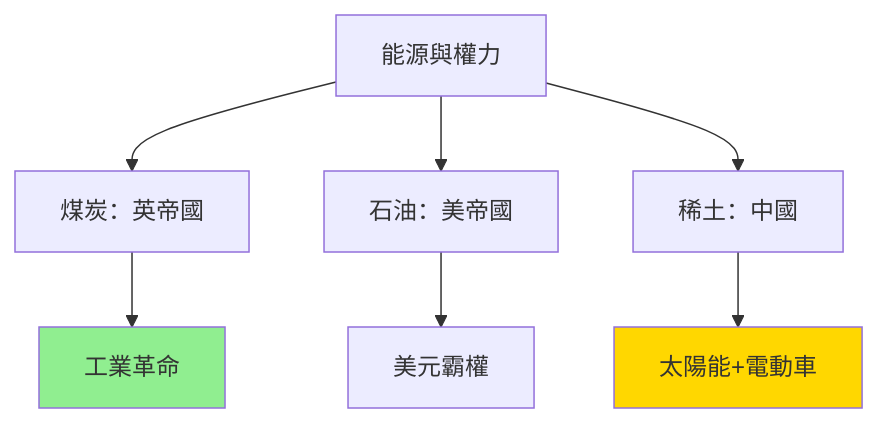
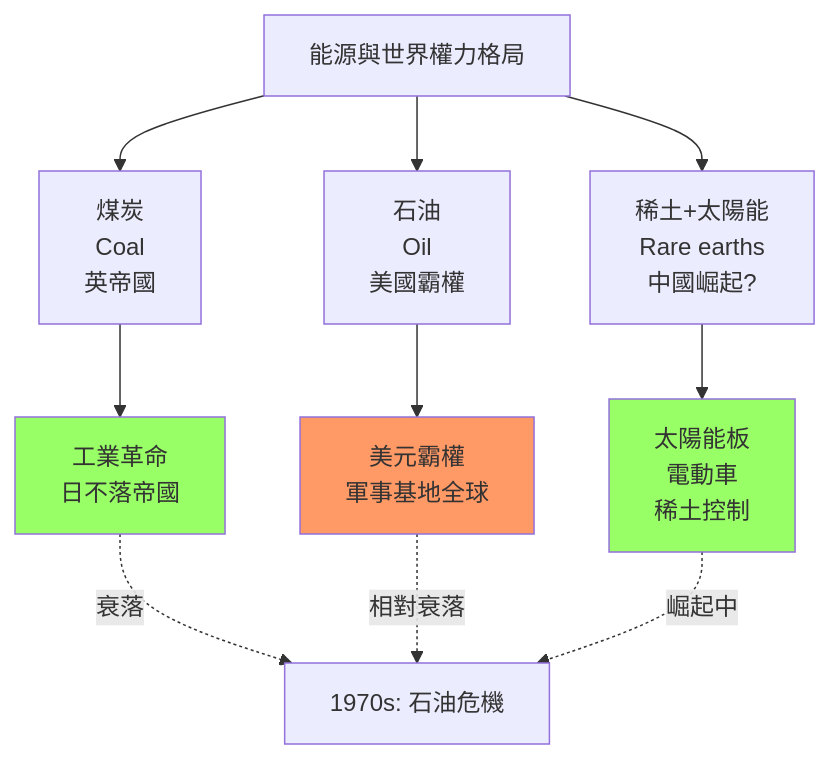
Before and after one commit to yip-lgtm/HKU-Harvard-History-Self-Study: the seventh of 10 diagrams in 01_HKU_Courses/HIST2193_History_of_Energy.md, drawn with Mermaid. The commit also changed other lines of this file and 22 other files, not shown here.

````diff
--- a/01_HKU_Courses/HIST2193_History_of_Energy.md
+++ b/01_HKU_Courses/HIST2193_History_of_Energy.md
@@ -140,11 +415,18 @@
 ```mermaid
 graph TD
-    A["能源與權力"] --> B["煤炭：英帝國"]
-    A --> C["石油：美帝國"]
-    A --> D["稀土：中國"]
-    B --> E["工業革命"]
-    C --> F["美元霸權"]
-    D --> G["太陽能+電動車"]
-    style E fill:#90EE90
-    style G fill:#FFD700
+    A[能源與世界權力格局] --> B[煤炭<br/>Coal<br/>英帝國]
+    A --> C[石油<br/>Oil<br/>美國霸權]
+    A --> D[稀土+太陽能<br/>Rare earths<br/>中國崛起?]
+    
+    B --> B1[工業革命<br/>日不落帝國]
+    C --> C1[美元霸權<br/>軍事基地全球]
+    D --> D1[太陽能板<br/>電動車<br/>稀土控制]
+    
+    B1 -.->|衰落| E[1970s: 石油危機]
+    C1 -.->|相對衰落| E
+    D1 -.->|崛起中| E
+    
+    style B1 fill:#9f6
+    style C1 fill:#f96
+    style D1 fill:#9f6
 ```
````
